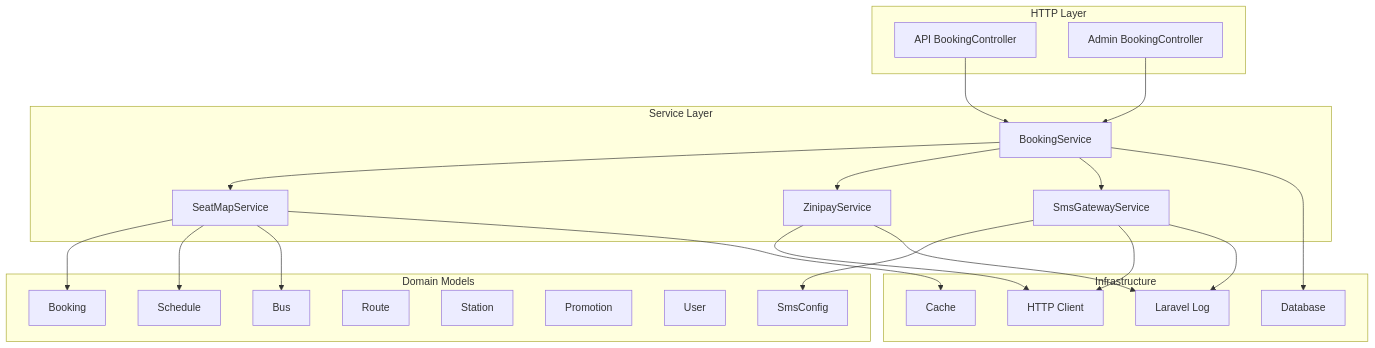
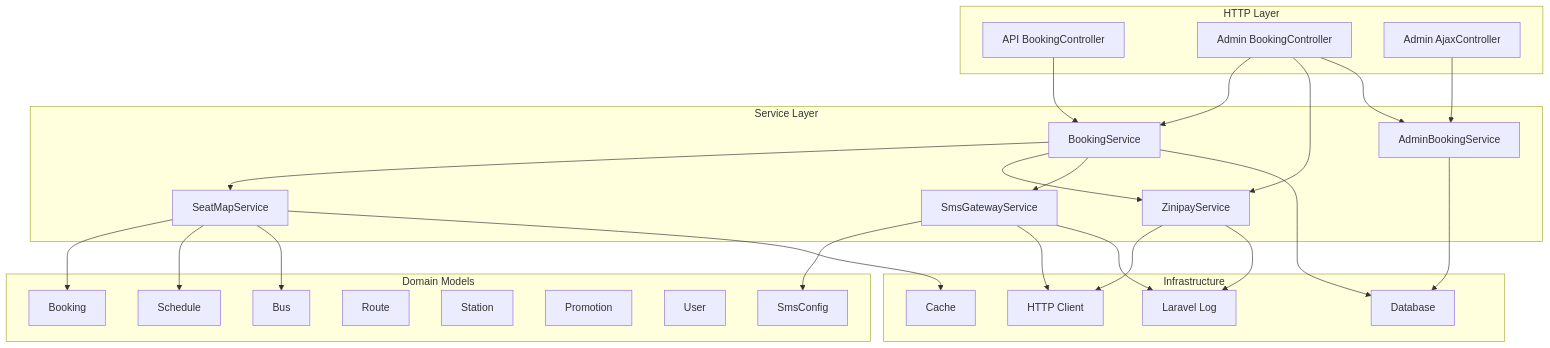
One commit to mahbub095/bus-app changed the first of 9 diagrams in .qoder/repowiki/en/content/System Architecture/Backend Architecture/Service Layer Design/Service Layer Design.md. Above: the diagram before and after it, drawn with Mermaid. The commit also changed other lines of this file and 119 other files, not shown here.

````diff
--- a/.qoder/repowiki/en/content/System Architecture/Backend Architecture/Service Layer Design/Service Layer Design.md
+++ b/.qoder/repowiki/en/content/System Architecture/Backend Architecture/Service Layer Design/Service Layer Design.md
@@ -39,44 +49,50 @@
 ```mermaid
 graph TB
 subgraph "HTTP Layer"
 ApiCtrl["API BookingController"]
 AdminCtrl["Admin BookingController"]
+AjaxCtrl["Admin AjaxController"]
 end
 subgraph "Service Layer"
 BookingSvc["BookingService"]
 SeatMapSvc["SeatMapService"]
 ZiniSvc["ZinipayService"]
 SmsSvc["SmsGatewayService"]
+AdminBookingSvc["AdminBookingService"]
 end
 subgraph "Domain Models"
 BookingModel["Booking"]
 ScheduleModel["Schedule"]
 BusModel["Bus"]
 RouteModel["Route"]
 StationModel["Station"]
 PromotionModel["Promotion"]
 UserModel["User"]
 SmsConfigModel["SmsConfig"]
 end
 subgraph "Infrastructure"
 DB["Database"]
 Cache["Cache"]
 Http["HTTP Client"]
 Log["Laravel Log"]
 end
 ApiCtrl --> BookingSvc
 AdminCtrl --> BookingSvc
+AdminCtrl --> ZiniSvc
+AdminCtrl --> AdminBookingSvc
+AjaxCtrl --> AdminBookingSvc
 BookingSvc --> SeatMapSvc
 BookingSvc --> ZiniSvc
 BookingSvc --> SmsSvc
 SeatMapSvc --> BookingModel
 SeatMapSvc --> ScheduleModel
 SeatMapSvc --> BusModel
 ZiniSvc --> Http
 ZiniSvc --> Log
 SmsSvc --> SmsConfigModel
 SmsSvc --> Http
 SmsSvc --> Log
+AdminBookingSvc --> DB
 BookingSvc --> DB
 SeatMapSvc --> Cache
 ```
````
